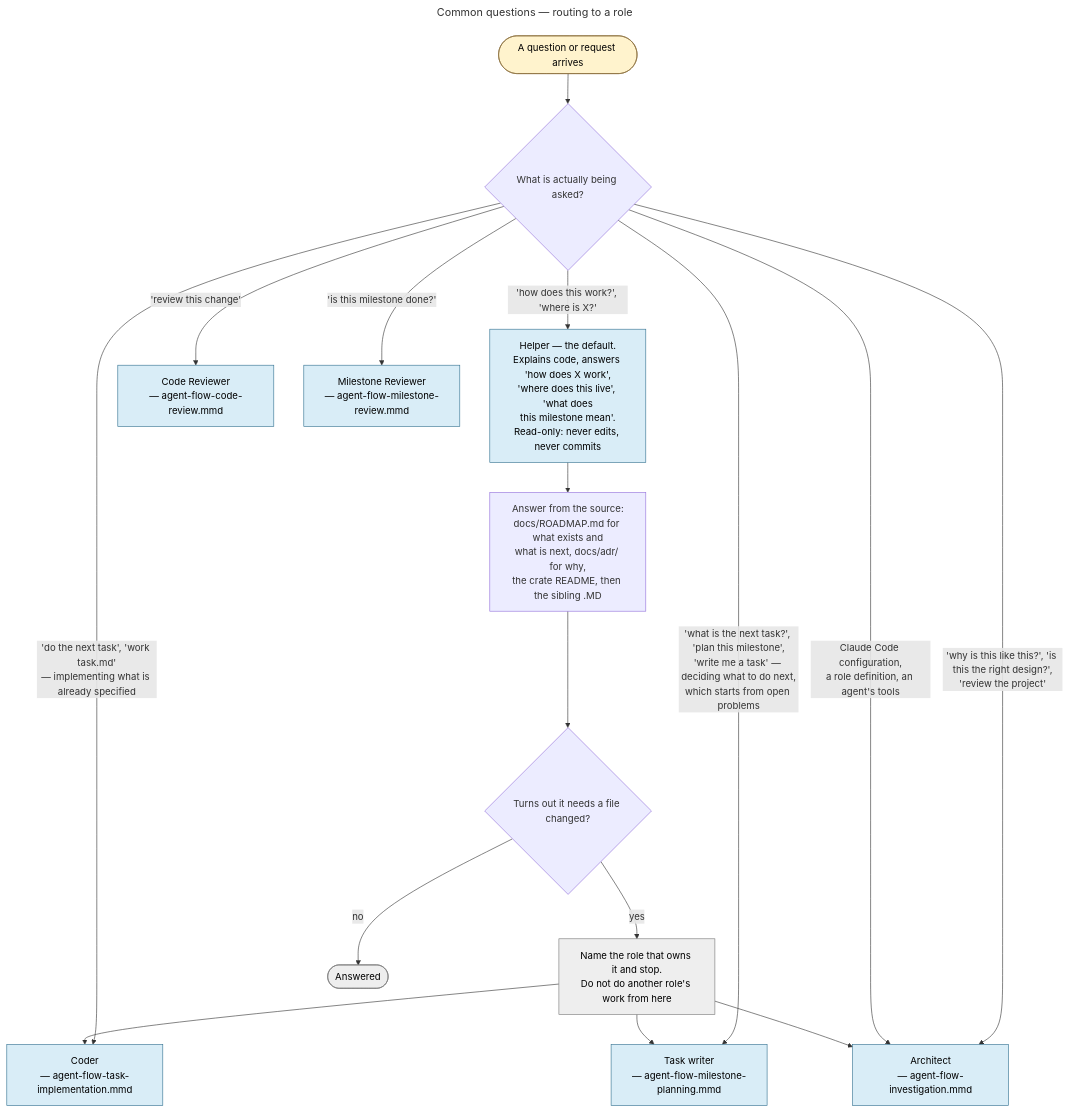
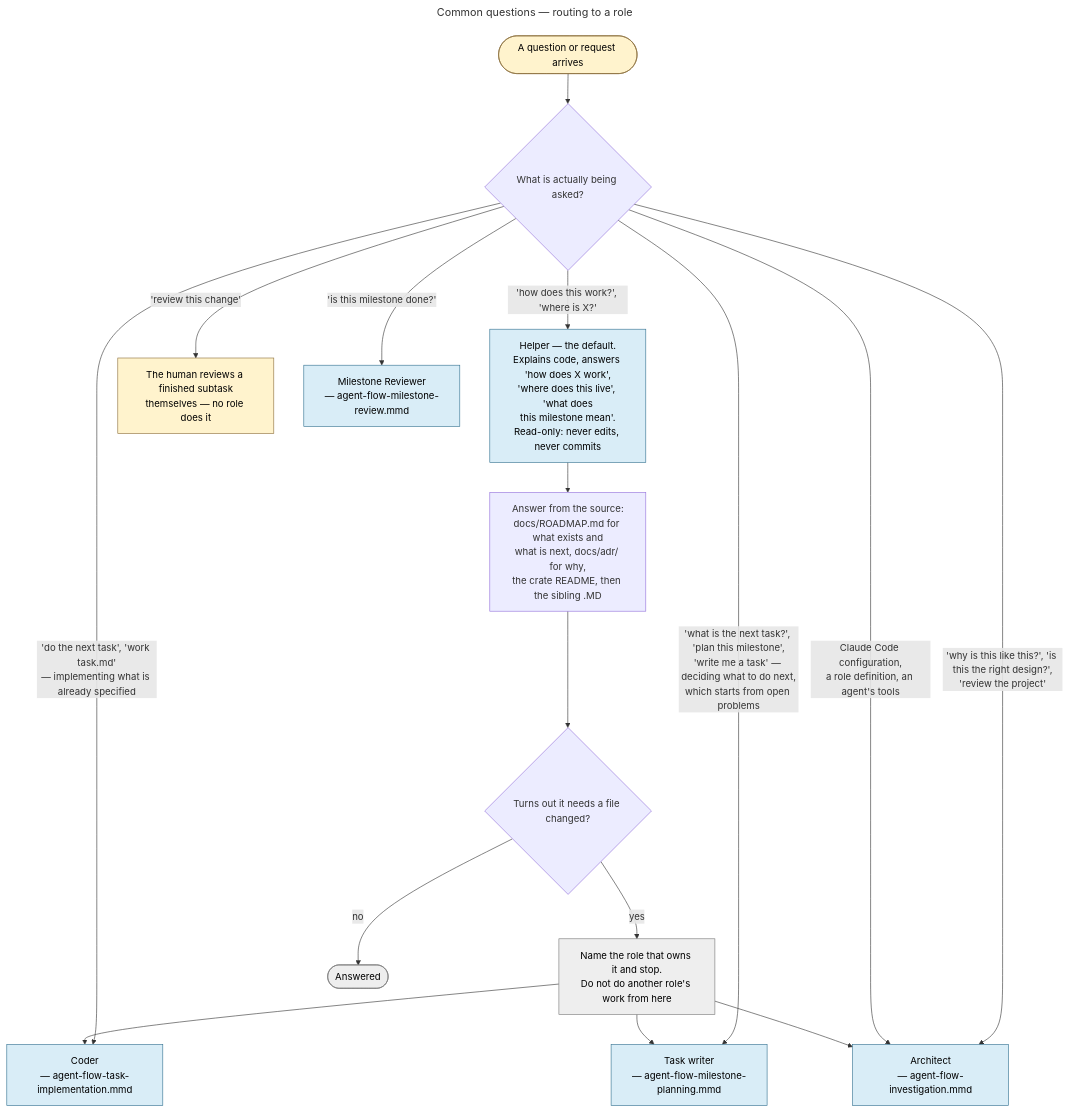
One commit to Dmitriy-G/simple_rdbms changed the diagram in docs/diagrams/agent-flow-questions.mmd. Above: the diagram before and after it, drawn with Mermaid. The commit also changed 12 other files, not shown here.

Commit message:
Remove the code reviewer agent

```diff
--- a/docs/diagrams/agent-flow-questions.mmd
+++ b/docs/diagrams/agent-flow-questions.mmd
@@ -1,38 +1,38 @@
 ---
 title: Common questions — routing to a role
 ---
 flowchart TD
     classDef human fill:#fff3cd,stroke:#8a6d3b,color:#000
     classDef role fill:#d9edf7,stroke:#31708f,color:#000
     classDef stop fill:#eeeeee,stroke:#777,color:#000
 
     Q(["A question or request arrives"]):::human
     ROUTE{"What is actually being asked?"}
 
     HELP["Helper — the default.<br/>Explains code, answers 'how does X work',<br/>'where does this live', 'what does<br/>this milestone mean'.<br/>Read-only: never edits, never commits"]:::role
     ANSWER["Answer from the source:<br/>docs/ROADMAP.md for what exists and<br/>what is next, docs/adr/ for why,<br/>the crate README, then the sibling .MD"]
     SCOPE{"Turns out it needs a file changed?"}
     NAME["Name the role that owns it and stop.<br/>Do not do another role's work from here"]:::stop
     DONE(["Answered"]):::stop
 
     CODE["Coder<br/>— agent-flow-task-implementation.mmd"]:::role
     SPEC["Task writer<br/>— agent-flow-milestone-planning.mmd"]:::role
     ARCH["Architect<br/>— agent-flow-investigation.mmd"]:::role
-    CR["Code Reviewer<br/>— agent-flow-code-review.mmd"]:::role
+    CR["The human reviews a finished subtask<br/>themselves — no role does it"]:::human
     MR["Milestone Reviewer<br/>— agent-flow-milestone-review.mmd"]:::role
 
     Q --> ROUTE
     ROUTE -- "'how does this work?', 'where is X?'" --> HELP
     ROUTE -- "'do the next task', 'work task.md'<br/>— implementing what is already specified" --> CODE
     ROUTE -- "'what is the next task?', 'plan this milestone',<br/>'write me a task' — deciding what to do next,<br/>which starts from open problems" --> SPEC
     ROUTE -- "'why is this like this?', 'is this the right design?',<br/>'review the project'" --> ARCH
     ROUTE -- "'review this change'" --> CR
     ROUTE -- "'is this milestone done?'" --> MR
     ROUTE -- "Claude Code configuration,<br/>a role definition, an agent's tools" --> ARCH
 
     HELP --> ANSWER --> SCOPE
     SCOPE -- yes --> NAME
     SCOPE -- no --> DONE
     NAME --> CODE
     NAME --> SPEC
     NAME --> ARCH
```
